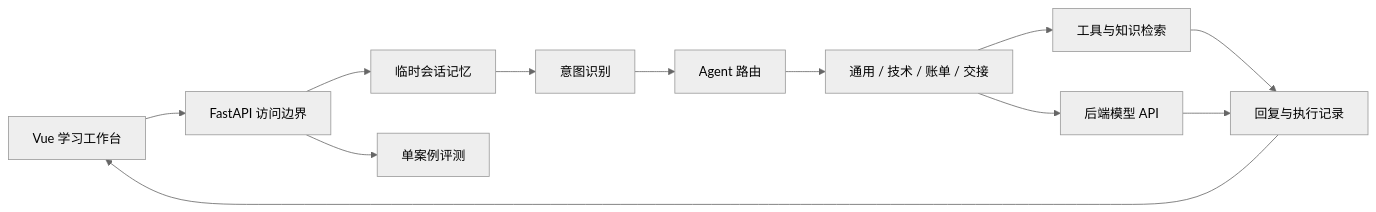
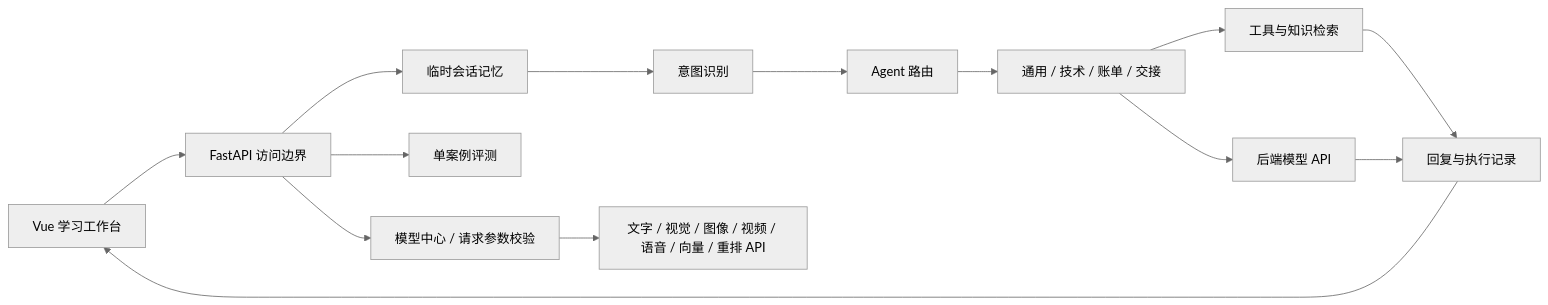
One commit to ASEpochs/epochflow changed the diagram in README.md. Above: the diagram before and after it, drawn with Mermaid (neutral theme). The commit also changed other lines of this file and 23 other files, not shown here.

Commit message:
Add SiliconFlow model studio with 50-model catalogue and multimodal experiments

````diff
--- a/README.md
+++ b/README.md
@@ -28,14 +29,16 @@
 ```mermaid
 flowchart LR
   UI[Vue 学习工作台] --> API[FastAPI 访问边界]
   API --> Memory[临时会话记忆]
   Memory --> Intent[意图识别]
   Intent --> Router[Agent 路由]
   Router --> Agents[通用 / 技术 / 账单 / 交接]
   Agents --> Tools[工具与知识检索]
   Agents --> LLM[后端模型 API]
   Tools --> Response[回复与执行记录]
   LLM --> Response
   Response --> UI
   API --> Eval[单案例评测]
+  API --> Studio[模型中心 / 请求参数校验]
+  Studio --> SiliconFlow[文字 / 视觉 / 图像 / 视频 / 语音 / 向量 / 重排 API]
 ```
````
